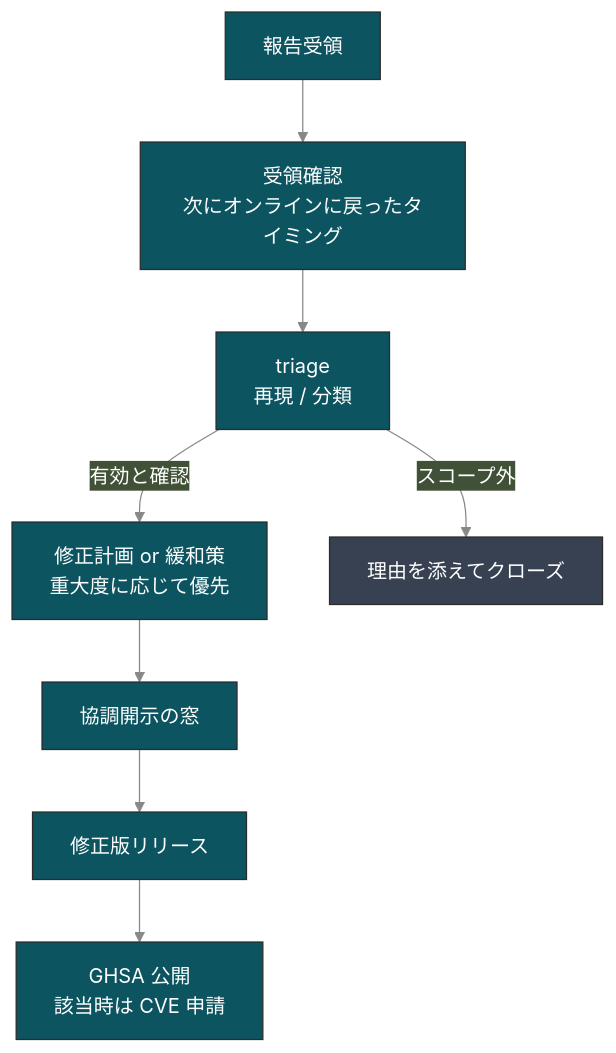
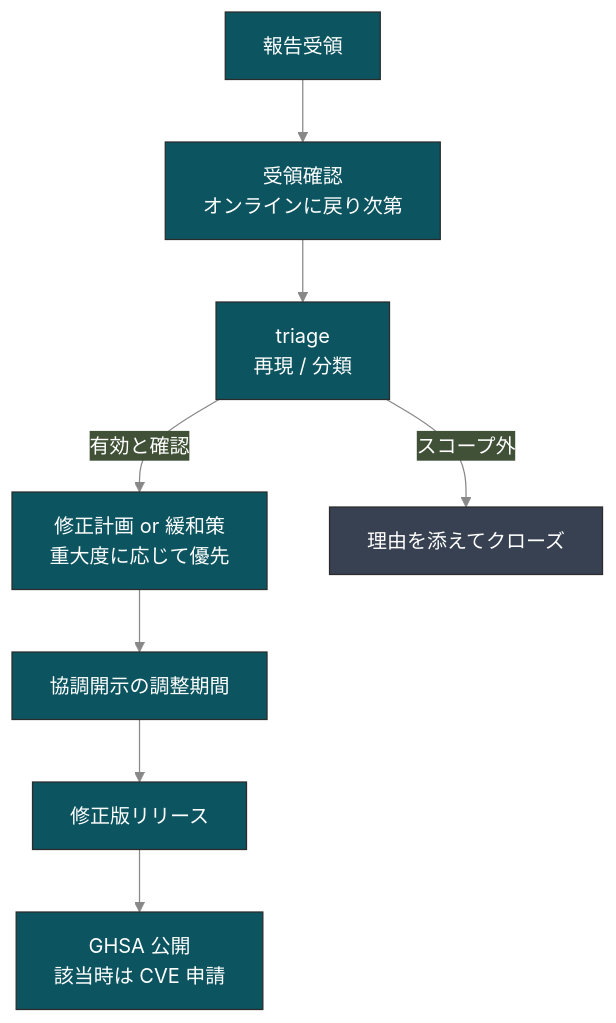
The diagram in src/ja/security/disclosure.md (libraz/go-oidc-provider-homepage), drawn with Mermaid before and after one commit. The commit also changed other lines of this file and 130 other files, not shown here.

````diff
--- a/src/ja/security/disclosure.md
+++ b/src/ja/security/disclosure.md
@@ -36,18 +36,18 @@
 ```mermaid
 %%{init: {"theme":"base","themeVariables":{"primaryColor":"#374151","primaryTextColor":"#fff","lineColor":"#888"}}}%%
 flowchart TB
-  R[報告受領] --> A[受領確認<br/>次にオンラインに戻ったタイミング]
+  R[報告受領] --> A[受領確認<br/>オンラインに戻り次第]
   A --> T[triage<br/>再現 / 分類]
   T -->|有効と確認| F[修正計画 or 緩和策<br/>重大度に応じて優先]
   T -->|スコープ外| X[理由を添えてクローズ]
-  F --> P[協調開示の窓]
+  F --> P[協調開示の調整期間]
   P --> R2[修正版リリース]
   R2 --> G[GHSA 公開<br/>該当時は CVE 申請]
   style R fill:#0c5460,color:#fff
   style A fill:#0c5460,color:#fff
   style T fill:#0c5460,color:#fff
   style F fill:#0c5460,color:#fff
   style P fill:#0c5460,color:#fff
   style R2 fill:#0c5460,color:#fff
   style G fill:#0c5460,color:#fff
 ```
````
